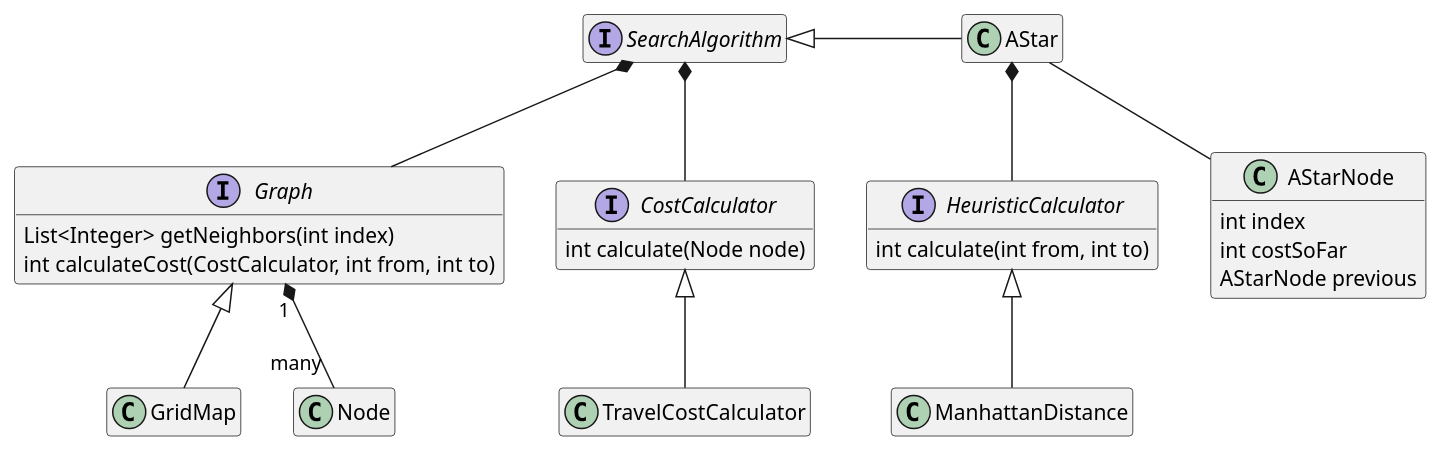
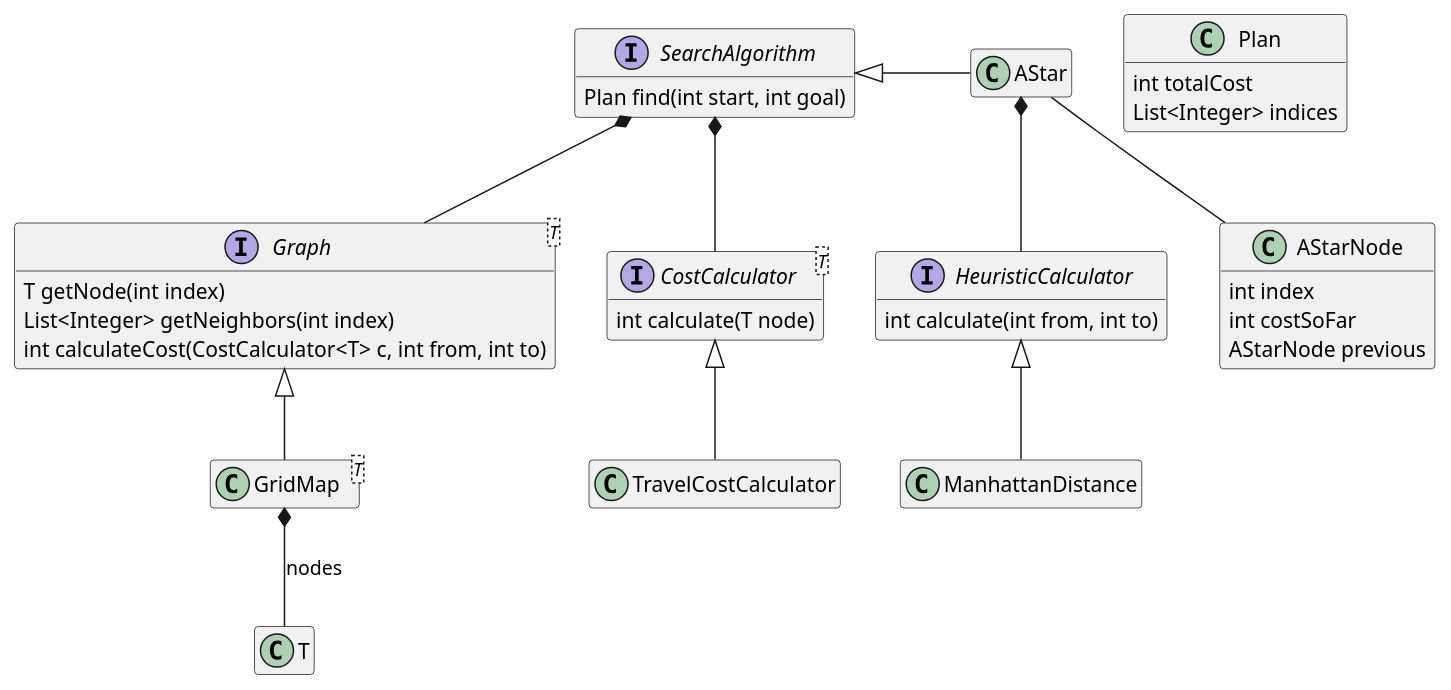
Before and after one commit to Orchaldir/Arena: the diagram in docs/design/ai/navigation.puml, drawn with PlantUML. The commit also changed 1 other file, not shown here.

```diff
--- a/docs/design/ai/navigation.puml
+++ b/docs/design/ai/navigation.puml
@@ -1,40 +1,49 @@
 @startuml
 
 hide empty members
 
-interface Graph {
+interface Graph<T> {
+  T getNode(int index)
   List<Integer> getNeighbors(int index)
-  int calculateCost(CostCalculator, int from, int to)
+  int calculateCost(CostCalculator<T> c, int from, int to)
 }
-interface CostCalculator {
-  int calculate(Node node)
+interface CostCalculator<T> {
+  int calculate(T node)
 }
 interface HeuristicCalculator {
   int calculate(int from, int to)
 }
-interface SearchAlgorithm
+interface SearchAlgorithm {
+  Plan find(int start, int goal)
+}
 class AStar
 class AStarNode {
   int index
   int costSoFar
   AStarNode previous
 }
-class GridMap
+class GridMap<T>
+
+class Plan {
+  int totalCost
+  List<Integer> indices
+}
 
 SearchAlgorithm <|-right- AStar
 SearchAlgorithm *-- Graph
 SearchAlgorithm *-- CostCalculator
 
 AStar *-- HeuristicCalculator
 
 AStar -- AStarNode
 
 Graph <|-- GridMap
-Graph "1" *-- "many" Node
+
+GridMap *-- T : nodes
 
 HeuristicCalculator <|-- ManhattanDistance
 
 CostCalculator <|-- TravelCostCalculator
 
 
 @enduml
```
